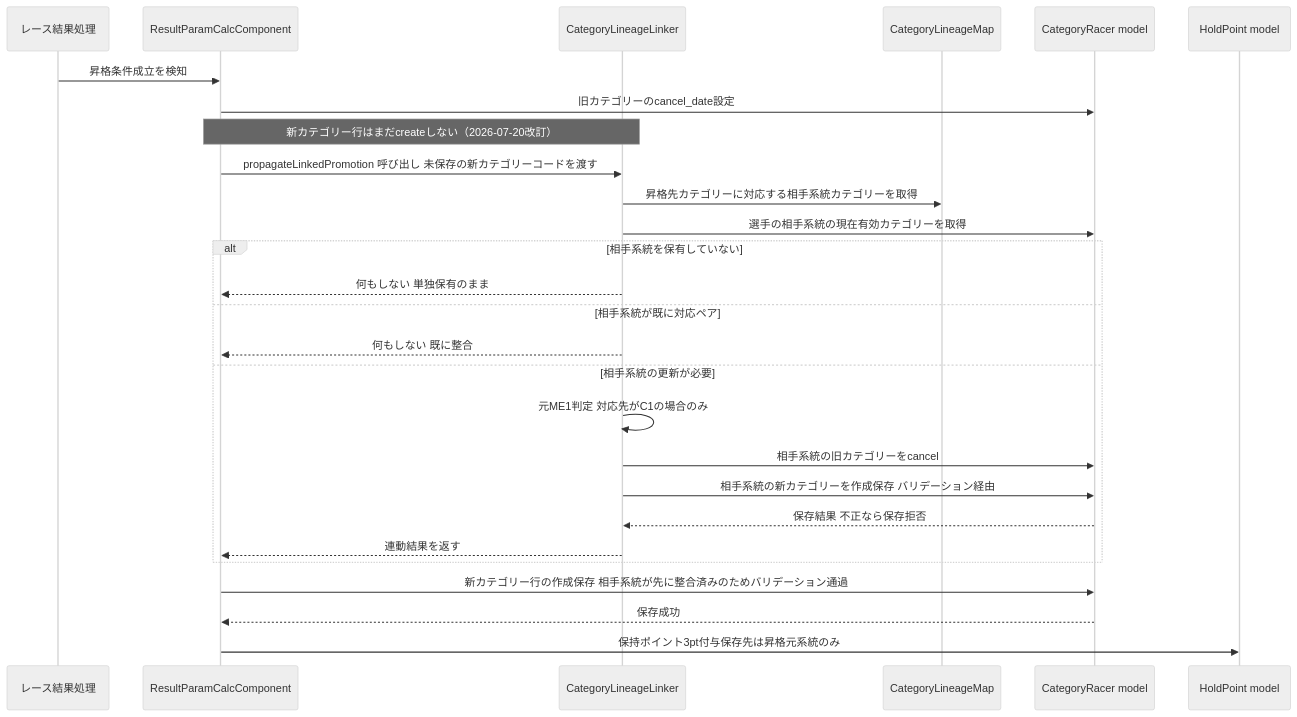
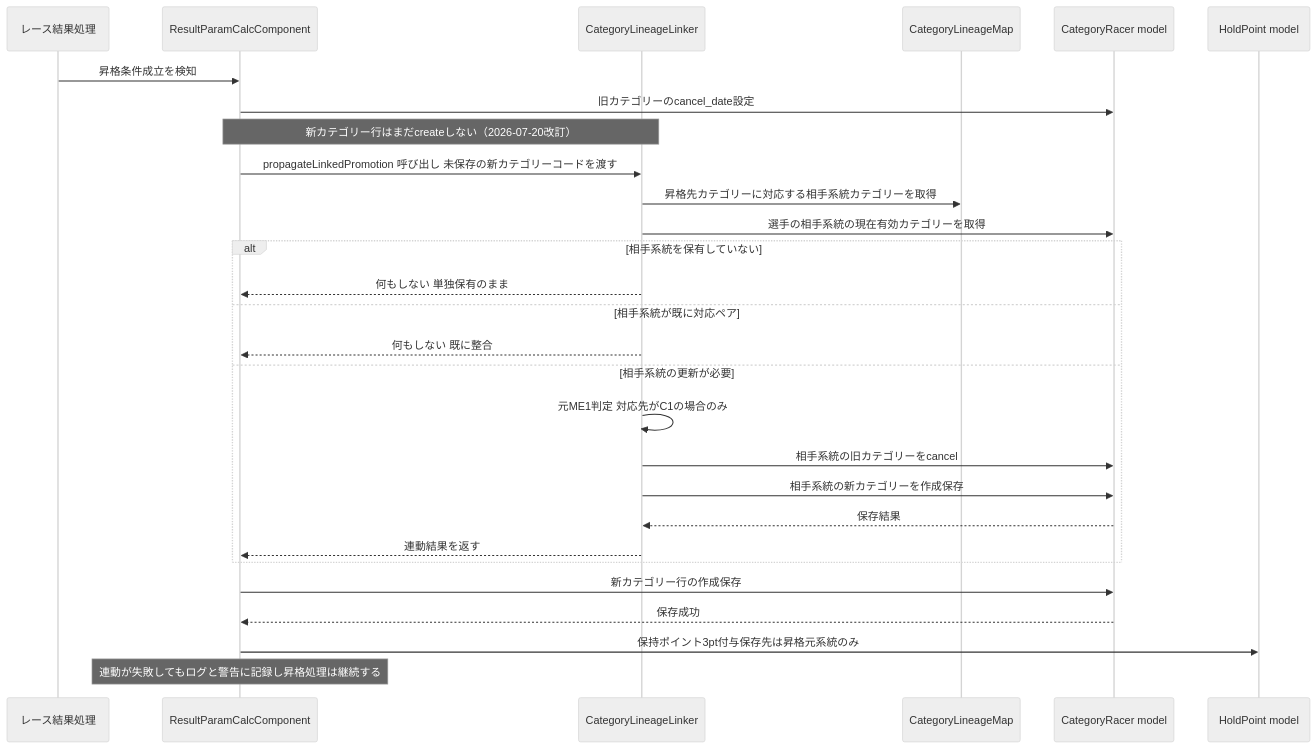
The second of 3 diagrams in .kiro/specs/me-mm-linkage-2026-27/design.md (cyclox-dev/cyclox2_docker), drawn with Mermaid (neutral theme) before and after one commit. The commit also changed other lines of this file and 1 other file, not shown here.

````diff
--- a/.kiro/specs/me-mm-linkage-2026-27/design.md
+++ b/.kiro/specs/me-mm-linkage-2026-27/design.md
@@ -209,30 +232,31 @@
 ```mermaid
 sequenceDiagram
     participant Race as レース結果処理
     participant RPC as ResultParamCalcComponent
     participant Linker as CategoryLineageLinker
     participant Map as CategoryLineageMap
     participant CR as CategoryRacer model
     participant HP as HoldPoint model
 
     Race->>RPC: 昇格条件成立を検知
     RPC->>CR: 旧カテゴリーのcancel_date設定
     Note over RPC,Linker: 新カテゴリー行はまだcreateしない（2026-07-20改訂）
     RPC->>Linker: propagateLinkedPromotion 呼び出し 未保存の新カテゴリーコードを渡す
     Linker->>Map: 昇格先カテゴリーに対応する相手系統カテゴリーを取得
     Linker->>CR: 選手の相手系統の現在有効カテゴリーを取得
     alt 相手系統を保有していない
         Linker-->>RPC: 何もしない 単独保有のまま
     else 相手系統が既に対応ペア
         Linker-->>RPC: 何もしない 既に整合
     else 相手系統の更新が必要
         Linker->>Linker: 元ME1判定 対応先がC1の場合のみ
         Linker->>CR: 相手系統の旧カテゴリーをcancel
-        Linker->>CR: 相手系統の新カテゴリーを作成保存 バリデーション経由
-        CR-->>Linker: 保存結果 不正なら保存拒否
+        Linker->>CR: 相手系統の新カテゴリーを作成保存
+        CR-->>Linker: 保存結果
         Linker-->>RPC: 連動結果を返す
     end
-    RPC->>CR: 新カテゴリー行の作成保存 相手系統が先に整合済みのためバリデーション通過
+    RPC->>CR: 新カテゴリー行の作成保存
     CR-->>RPC: 保存成功
     RPC->>HP: 保持ポイント3pt付与保存先は昇格元系統のみ
+    Note over RPC: 連動が失敗してもログと警告に記録し昇格処理は継続する
 ```
````
